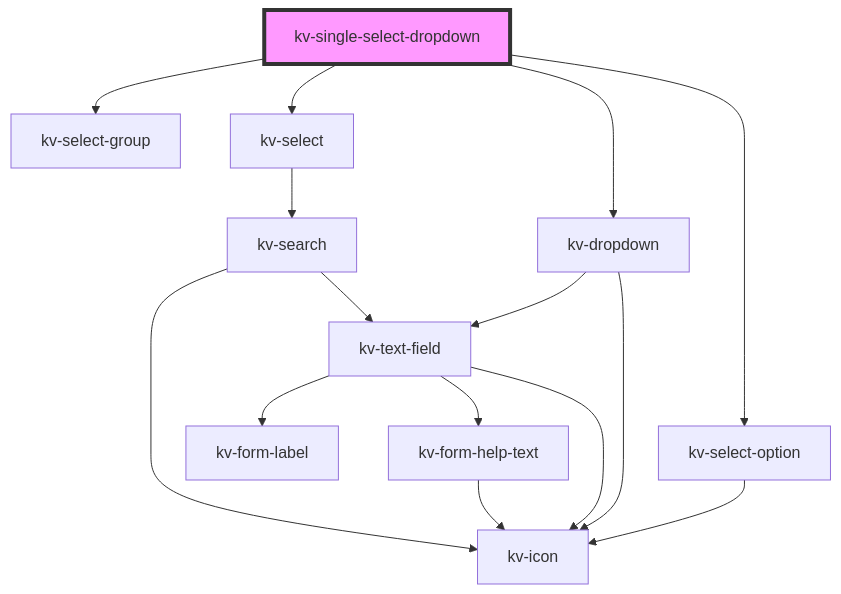
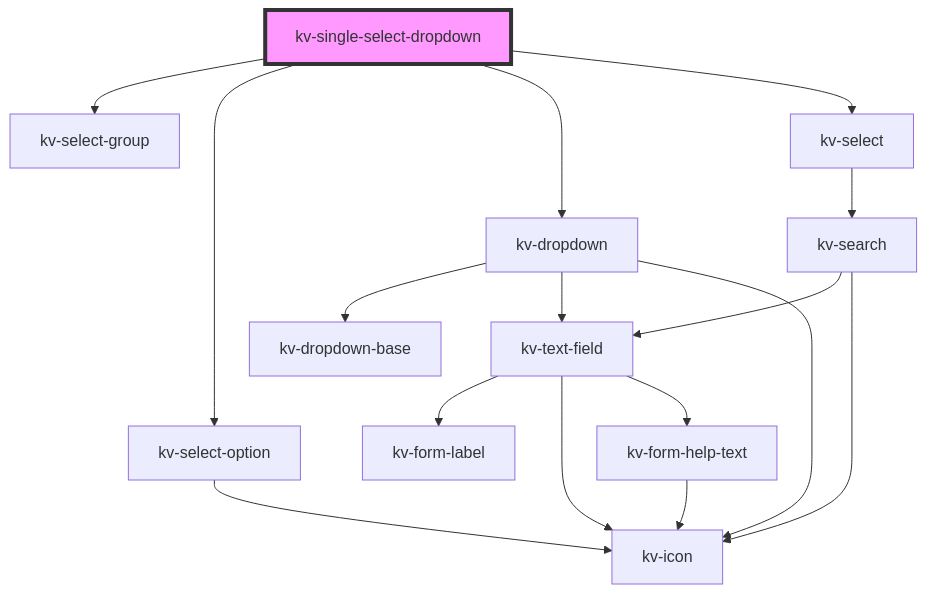
One commit to kelvininc/ui-components changed the diagram in packages/ui-components/src/components/single-select-dropdown/readme.md. Above: the diagram before and after it, drawn with Mermaid. The commit also changed 91 other files, not shown here.

Commit message:
feat(calendar): add calendar base, selector and dropdown components

````diff
--- a/packages/ui-components/src/components/single-select-dropdown/readme.md
+++ b/packages/ui-components/src/components/single-select-dropdown/readme.md
@@ -89,18 +89,19 @@
 ```mermaid
 graph TD;
   kv-single-select-dropdown --> kv-select-group
   kv-single-select-dropdown --> kv-select-option
   kv-single-select-dropdown --> kv-dropdown
   kv-single-select-dropdown --> kv-select
   kv-select-option --> kv-icon
+  kv-dropdown --> kv-dropdown-base
   kv-dropdown --> kv-text-field
   kv-dropdown --> kv-icon
   kv-text-field --> kv-form-label
   kv-text-field --> kv-icon
   kv-text-field --> kv-form-help-text
   kv-form-help-text --> kv-icon
   kv-select --> kv-search
   kv-search --> kv-text-field
   kv-search --> kv-icon
   style kv-single-select-dropdown fill:#f9f,stroke:#333,stroke-width:4px
 ```
````
